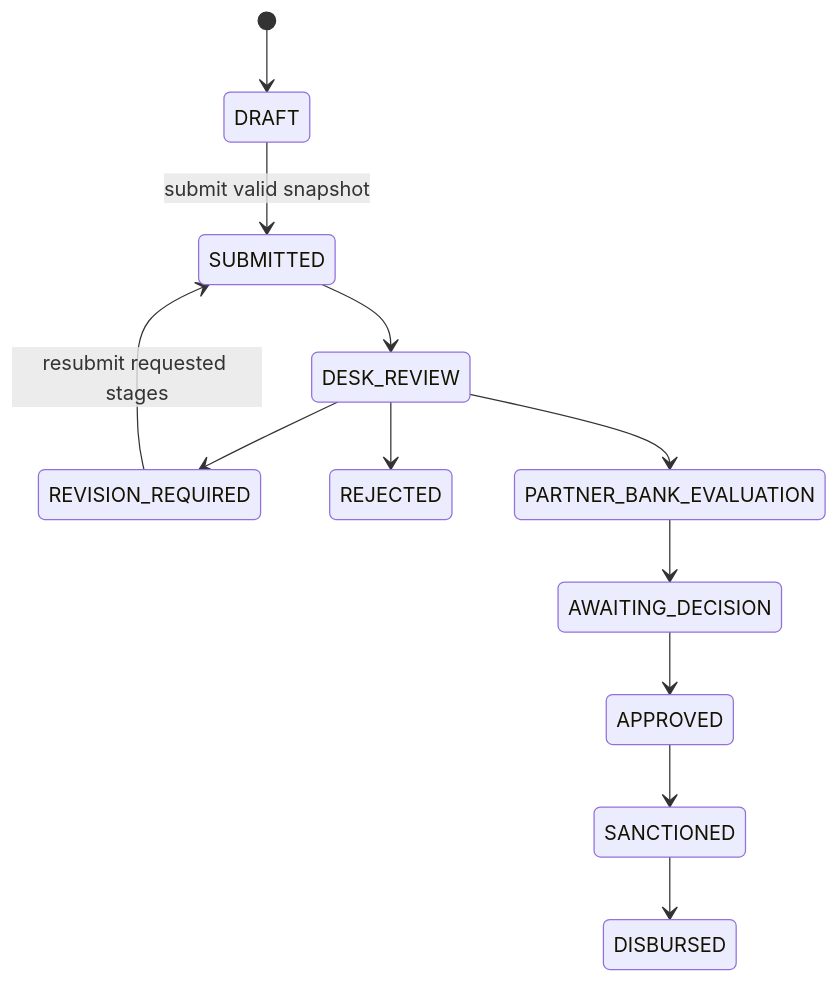
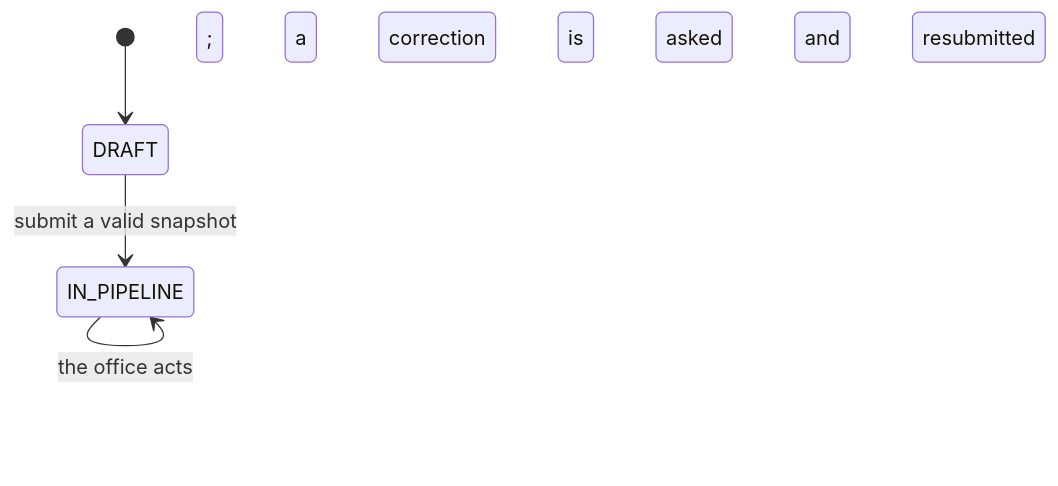
Before and after one commit to kuchuk-borom-debbarma/seb-backend: the fourth of 5 diagrams in docs/application-guide.md, drawn with Mermaid. The commit also changed other lines of this file and 15 other files, not shown here.

````diff
--- a/docs/application-guide.md
+++ b/docs/application-guide.md
@@ -145,14 +139,6 @@
 ```mermaid
 stateDiagram-v2
   [*] --> DRAFT
-  DRAFT --> SUBMITTED: submit valid snapshot
-  SUBMITTED --> DESK_REVIEW
-  DESK_REVIEW --> REVISION_REQUIRED
-  REVISION_REQUIRED --> SUBMITTED: resubmit requested stages
-  DESK_REVIEW --> REJECTED
-  DESK_REVIEW --> PARTNER_BANK_EVALUATION
-  PARTNER_BANK_EVALUATION --> AWAITING_DECISION
-  AWAITING_DECISION --> APPROVED
-  APPROVED --> SANCTIONED
-  SANCTIONED --> DISBURSED
+  DRAFT --> IN_PIPELINE: submit a valid snapshot
+  IN_PIPELINE --> IN_PIPELINE: the office acts; a correction is asked and resubmitted
 ```
````
